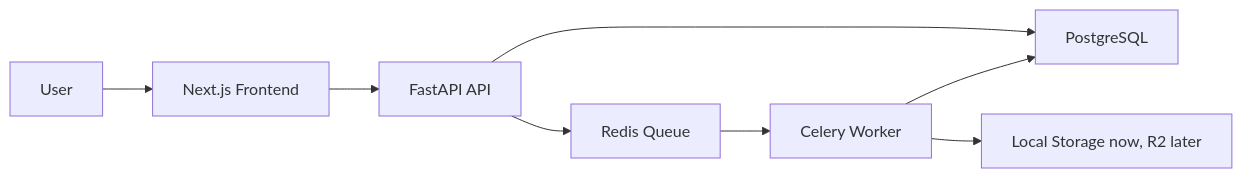
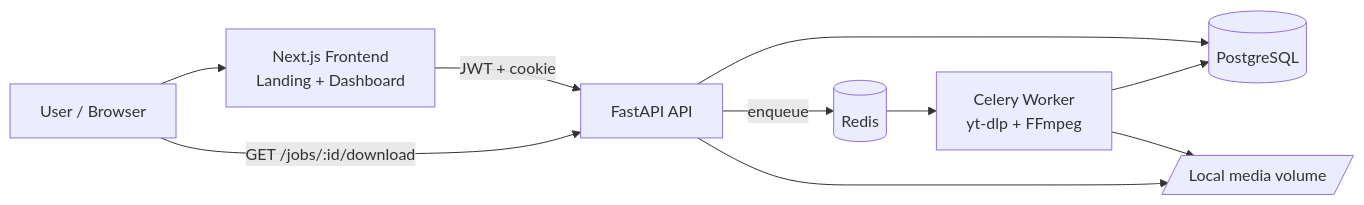
One commit to Amos-Luna/sonora changed the first of 2 diagrams in docs/ARCHITECTURE.md. Above: the diagram before and after it, drawn with Mermaid. The commit also changed other lines of this file and 2 other files, not shown here.

Commit message:
Revise README and project overview to clarify Sonora's functionality, user experience, and architecture. Update API documentation and job lifecycle details for improved understanding of the system's operation.

````diff
--- a/docs/ARCHITECTURE.md
+++ b/docs/ARCHITECTURE.md
@@ -5,10 +8,12 @@
 ```mermaid
 flowchart LR
-  user[User] --> frontend[Next.js Frontend]
-  frontend --> api[FastAPI API]
-  api --> postgres[PostgreSQL]
-  api --> redis[Redis Queue]
-  redis --> worker[Celery Worker]
-  worker --> storage[Local Storage now, R2 later]
+  user[User / Browser] --> frontend[Next.js Frontend<br/>Landing + Dashboard]
+  frontend -->|JWT + cookie| api[FastAPI API]
+  api --> postgres[(PostgreSQL)]
+  api -->|enqueue| redis[(Redis)]
+  redis --> worker[Celery Worker<br/>yt-dlp + FFmpeg]
+  worker --> storage[/Local media volume/]
   worker --> postgres
+  user -->|GET /jobs/:id/download| api
+  api --> storage
 ```
````
